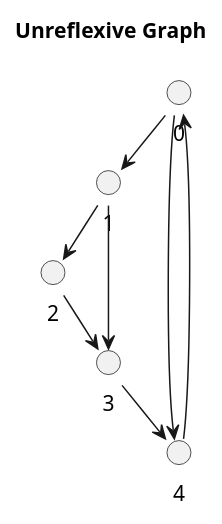
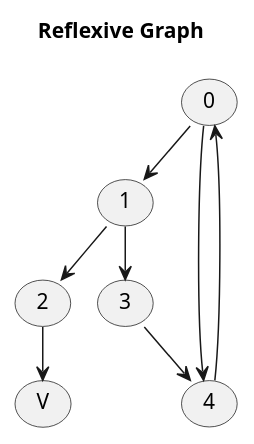
The diagram in unreflexive_graph.puml (roman7shubenkov/LAB5), drawn with PlantUML before and after one commit. The commit also changed 7 other files, not shown here.

```diff
--- a/unreflexive_graph.puml
+++ b/unreflexive_graph.puml
@@ -1,20 +1,14 @@
 @startuml
 !pragma layout smetana
 
-title Unreflexive Graph
+title Reflexive Graph
 
-circle "0" as V0
-circle "1" as V1
-circle "2" as V2
-circle "3" as V3
-circle "4" as V4
-
-V0 --> V1
-V0 --> V4
-V1 --> V2
-V1 --> V3
-V2 --> V3
-V3 --> V4
-V4 --> V0
+(0) --> (1)
+(0) --> (4)
+(1) --> (2)
+(1) --> (3)
+(2) --> (V)
+(3) --> (4)
+(4) --> (0)
 
 @enduml
```
